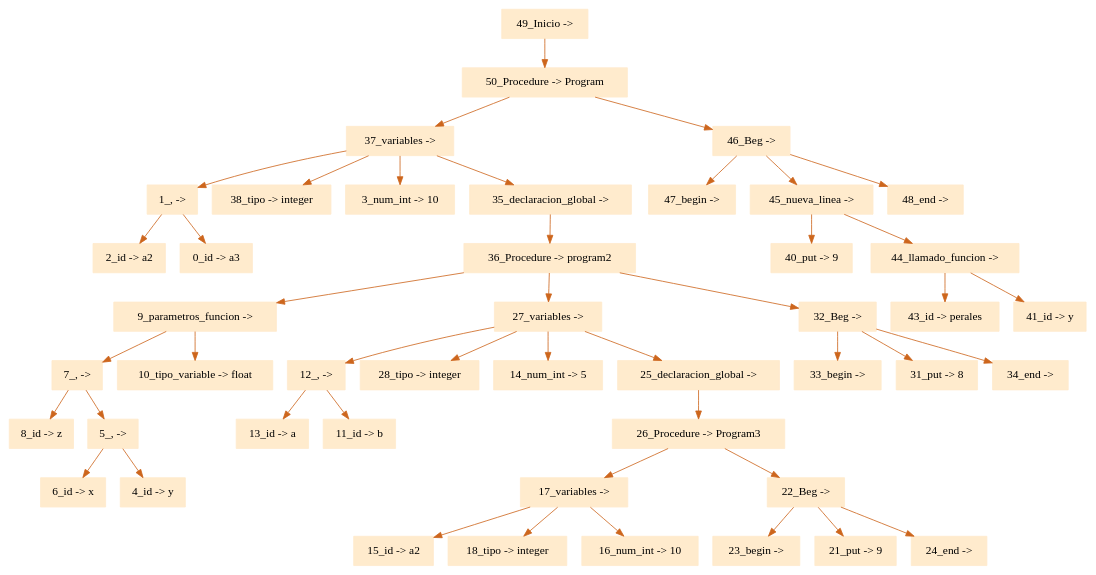
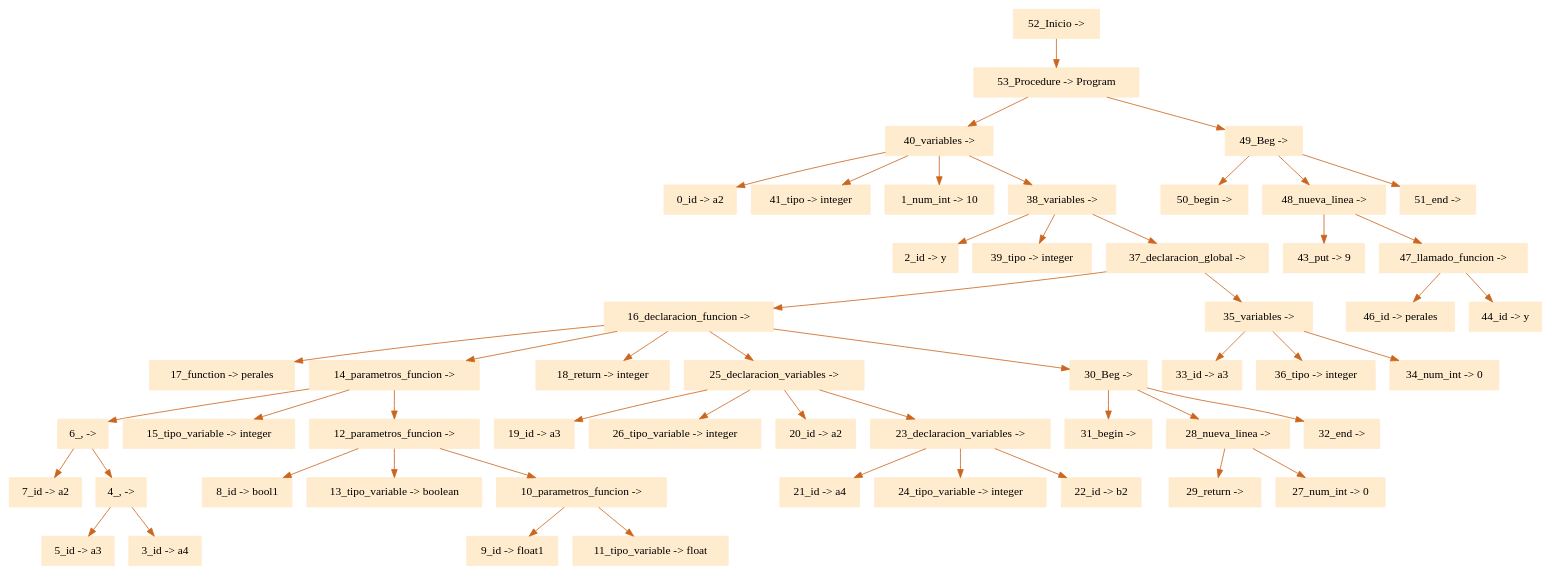
Before and after one commit to eliasgz97/Proyecto_Compiladores: the diagram in ProyectoCompiladores/arbol.dot, drawn with Graphviz. The commit also changed 4 other files, not shown here.

```diff
--- a/ProyectoCompiladores/arbol.dot
+++ b/ProyectoCompiladores/arbol.dot
@@ -1,49 +1,56 @@
 digraph G {node[shape=box, style=filled, color=blanchedalmond]; edge[color=chocolate3];rankdir=UD 
 
-"49_Inicio -> "->"50_Procedure -> Program"
-"50_Procedure -> Program"->"37_variables -> "
-"37_variables -> "->"1_, -> "
-"1_, -> "->"2_id -> a2"
-"1_, -> "->"0_id -> a3"
-"37_variables -> "->"38_tipo -> integer"
-"37_variables -> "->"3_num_int -> 10"
-"37_variables -> "->"35_declaracion_global -> "
-"35_declaracion_global -> "->"36_Procedure -> program2"
-"36_Procedure -> program2"->"9_parametros_funcion -> "
-"9_parametros_funcion -> "->"7_, -> "
-"7_, -> "->"8_id -> z"
-"7_, -> "->"5_, -> "
-"5_, -> "->"6_id -> x"
-"5_, -> "->"4_id -> y"
-"9_parametros_funcion -> "->"10_tipo_variable -> float"
-"36_Procedure -> program2"->"27_variables -> "
-"27_variables -> "->"12_, -> "
-"12_, -> "->"13_id -> a"
-"12_, -> "->"11_id -> b"
-"27_variables -> "->"28_tipo -> integer"
-"27_variables -> "->"14_num_int -> 5"
-"27_variables -> "->"25_declaracion_global -> "
-"25_declaracion_global -> "->"26_Procedure -> Program3"
-"26_Procedure -> Program3"->"17_variables -> "
-"17_variables -> "->"15_id -> a2"
-"17_variables -> "->"18_tipo -> integer"
-"17_variables -> "->"16_num_int -> 10"
-"26_Procedure -> Program3"->"22_Beg -> "
-"22_Beg -> "->"23_begin -> "
-"22_Beg -> "->"21_put -> 9"
-"22_Beg -> "->"24_end -> "
-"36_Procedure -> program2"->"32_Beg -> "
-"32_Beg -> "->"33_begin -> "
-"32_Beg -> "->"31_put -> 8"
-"32_Beg -> "->"34_end -> "
-"50_Procedure -> Program"->"46_Beg -> "
-"46_Beg -> "->"47_begin -> "
-"46_Beg -> "->"45_nueva_linea -> "
-"45_nueva_linea -> "->"40_put -> 9"
-"45_nueva_linea -> "->"44_llamado_funcion -> "
-"44_llamado_funcion -> "->"43_id -> perales"
-"44_llamado_funcion -> "->"41_id -> y"
-"46_Beg -> "->"48_end -> "
+"52_Inicio -> "->"53_Procedure -> Program"
+"53_Procedure -> Program"->"40_variables -> "
+"40_variables -> "->"0_id -> a2"
+"40_variables -> "->"41_tipo -> integer"
+"40_variables -> "->"1_num_int -> 10"
+"40_variables -> "->"38_variables -> "
+"38_variables -> "->"2_id -> y"
+"38_variables -> "->"39_tipo -> integer"
+"38_variables -> "->"37_declaracion_global -> "
+"37_declaracion_global -> "->"16_declaracion_funcion -> "
+"16_declaracion_funcion -> "->"17_function -> perales"
+"16_declaracion_funcion -> "->"14_parametros_funcion -> "
+"14_parametros_funcion -> "->"6_, -> "
+"6_, -> "->"7_id -> a2"
+"6_, -> "->"4_, -> "
+"4_, -> "->"5_id -> a3"
+"4_, -> "->"3_id -> a4"
+"14_parametros_funcion -> "->"15_tipo_variable -> integer"
+"14_parametros_funcion -> "->"12_parametros_funcion -> "
+"12_parametros_funcion -> "->"8_id -> bool1"
+"12_parametros_funcion -> "->"13_tipo_variable -> boolean"
+"12_parametros_funcion -> "->"10_parametros_funcion -> "
+"10_parametros_funcion -> "->"9_id -> float1"
+"10_parametros_funcion -> "->"11_tipo_variable -> float"
+"16_declaracion_funcion -> "->"18_return -> integer"
+"16_declaracion_funcion -> "->"25_declaracion_variables -> "
+"25_declaracion_variables -> "->"19_id -> a3"
+"25_declaracion_variables -> "->"26_tipo_variable -> integer"
+"25_declaracion_variables -> "->"20_id -> a2"
+"25_declaracion_variables -> "->"23_declaracion_variables -> "
+"23_declaracion_variables -> "->"21_id -> a4"
+"23_declaracion_variables -> "->"24_tipo_variable -> integer"
+"23_declaracion_variables -> "->"22_id -> b2"
+"16_declaracion_funcion -> "->"30_Beg -> "
+"30_Beg -> "->"31_begin -> "
+"30_Beg -> "->"28_nueva_linea -> "
+"28_nueva_linea -> "->"29_return -> "
+"28_nueva_linea -> "->"27_num_int -> 0"
+"30_Beg -> "->"32_end -> "
+"37_declaracion_global -> "->"35_variables -> "
+"35_variables -> "->"33_id -> a3"
+"35_variables -> "->"36_tipo -> integer"
+"35_variables -> "->"34_num_int -> 0"
+"53_Procedure -> Program"->"49_Beg -> "
+"49_Beg -> "->"50_begin -> "
+"49_Beg -> "->"48_nueva_linea -> "
+"48_nueva_linea -> "->"43_put -> 9"
+"48_nueva_linea -> "->"47_llamado_funcion -> "
+"47_llamado_funcion -> "->"46_id -> perales"
+"47_llamado_funcion -> "->"44_id -> y"
+"49_Beg -> "->"51_end -> "
 
 
 }
```
